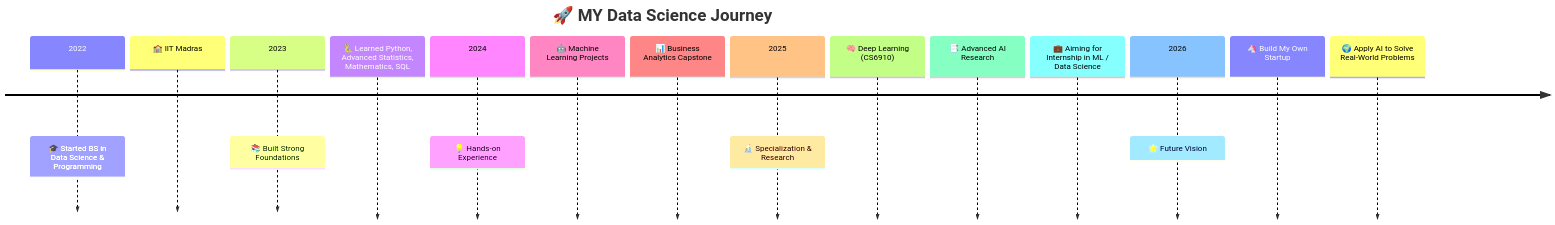
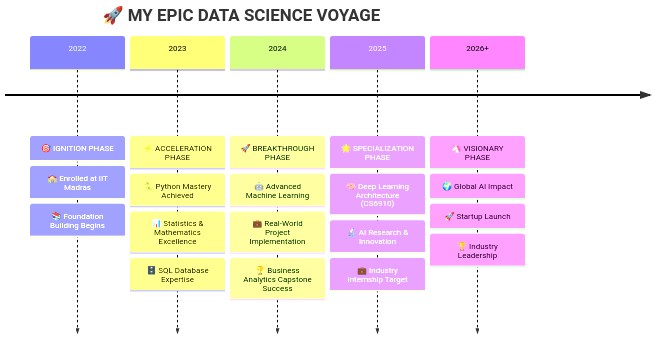
One commit to 22f3001825/22f3001825 changed the diagram in README.md. Above: the diagram before and after it, drawn with Mermaid. The commit also changed other lines of this file, not shown here.

````diff
--- a/README.md
+++ b/README.md
@@ -181,19 +211,28 @@
 ```mermaid
 timeline
-    title 🚀 MY Data Science Journey
-    2022 : 🎓 Started BS in Data Science & Programming  
-           🏫 IIT Madras  
-    2023 : 📚 Built Strong Foundations  
-           🐍 Learned Python, Advanced Statistics, Mathematics, SQL  
-    2024 : 💡 Hands-on Experience  
-           🤖 Machine Learning Projects  
-           📊 Business Analytics Capstone   
-    2025 : 🔬 Specialization & Research  
-           🧠 Deep Learning (CS6910)  
-           📑 Advanced AI Research  
-           💼 Aiming for Internship in ML / Data Science  
-    2026 : 🌟 Future Vision  
-           🦄 Build My Own Startup  
-           🌍 Apply AI to Solve Real-World Problems
-
+    title 🚀 MY EPIC DATA SCIENCE VOYAGE
+    
+    2022 : 🎯 IGNITION PHASE
+         : 🏫 Enrolled at IIT Madras
+         : 📚 Foundation Building Begins
+         
+    2023 : ⚡ ACCELERATION PHASE  
+         : 🐍 Python Mastery Achieved
+         : 📊 Statistics & Mathematics Excellence
+         : 🗄️ SQL Database Expertise
+         
+    2024 : 🚀 BREAKTHROUGH PHASE
+         : 🤖 Advanced Machine Learning
+         : 💼 Real-World Project Implementation
+         : 🏆 Business Analytics Capstone Success
+         
+    2025 : 🌟 SPECIALIZATION PHASE
+         : 🧠 Deep Learning Architecture (CS6910)
+         : 🔬 AI Research & Innovation
+         : 💼 Industry Internship Target
+         
+    2026+ : 🦄 VISIONARY PHASE
+          : 🌍 Global AI Impact
+          : 🚀 Startup Launch
+          : 🏆 Industry Leadership
 ```
````
